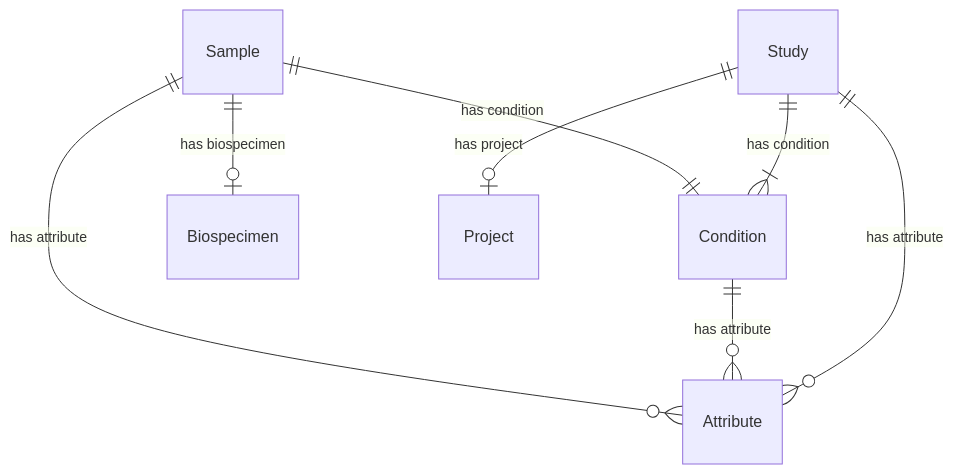
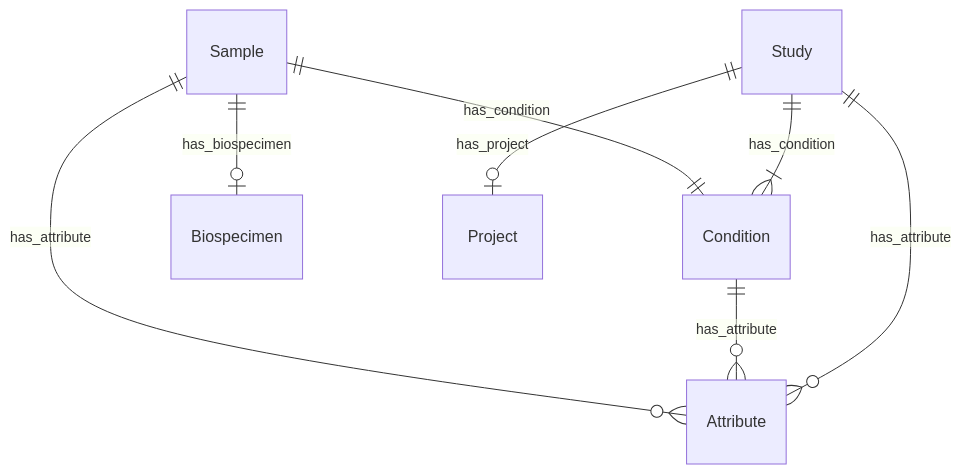
One commit to ghga-de/ghga-metadata-schema changed the fourth of 7 diagrams in docs/entity_relations.md. Above: the diagram before and after it, drawn with Mermaid. The commit also changed other lines of this file and 541 other files, not shown here.

````diff
--- a/docs/entity_relations.md
+++ b/docs/entity_relations.md
@@ -213,21 +213,21 @@
 ```mermaid
 erDiagram
 Sample {
 
 }
 Condition {
 
 }
 Study {
 
 }
 
-Sample ||--|o Biospecimen : "has biospecimen"
-Sample ||--|| Condition : "has condition"
-Sample ||--}o Attribute : "has attribute"
-Condition ||--}o Attribute : "has attribute"
-Study ||--|o Project : "has project"
-Study ||--}| Condition : "has condition"
-Study ||--}o Attribute : "has attribute"
+Sample ||--|o Biospecimen : "has_biospecimen"
+Sample ||--|| Condition : "has_condition"
+Sample ||--}o Attribute : "has_attribute"
+Condition ||--}o Attribute : "has_attribute"
+Study ||--|o Project : "has_project"
+Study ||--}| Condition : "has_condition"
+Study ||--}o Attribute : "has_attribute"
 
 ```
````
